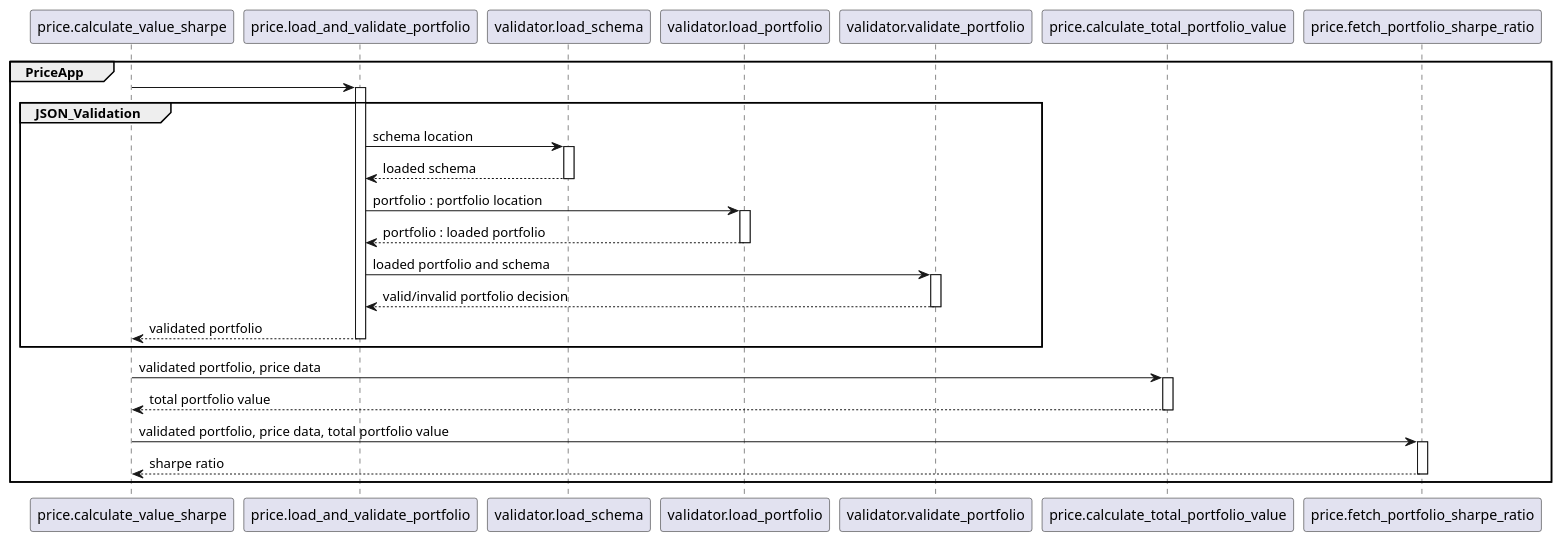
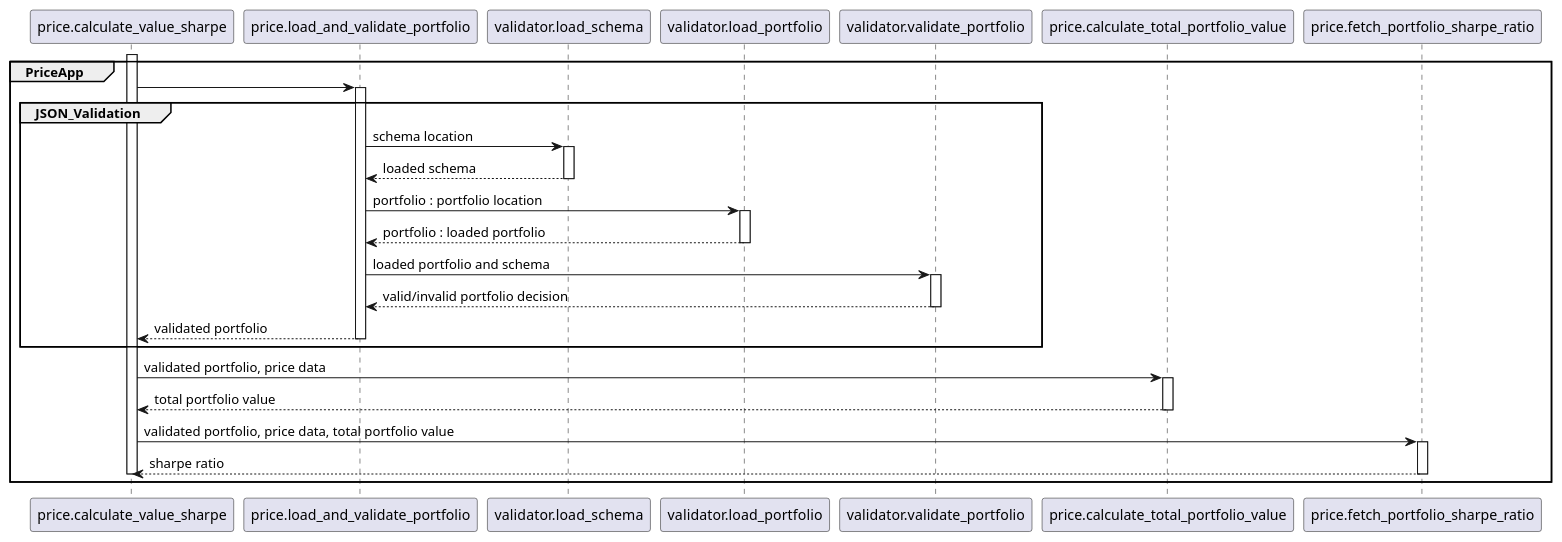
One commit to kgp33/quebec_v2 changed the diagram in diagrams/sequence_diagram.puml. Above: the diagram before and after it, drawn with PlantUML.

Commit message:
making one more change to update sequence diagram

```diff
--- a/diagrams/sequence_diagram.puml
+++ b/diagrams/sequence_diagram.puml
@@ -1,32 +1,34 @@
 @startuml
 
 group PriceApp
+    activate price.calculate_value_sharpe
     price.calculate_value_sharpe -> price.load_and_validate_portfolio
     activate price.load_and_validate_portfolio
     group JSON_Validation
         price.load_and_validate_portfolio -> validator.load_schema : schema location
         activate validator.load_schema
         price.load_and_validate_portfolio <-- validator.load_schema : loaded schema
         deactivate validator.load_schema
         price.load_and_validate_portfolio -> validator.load_portfolio : portfolio : portfolio location
         activate validator.load_portfolio
         price.load_and_validate_portfolio <-- validator.load_portfolio : portfolio : loaded portfolio
         deactivate validator.load_portfolio
         price.load_and_validate_portfolio -> validator.validate_portfolio : loaded portfolio and schema
         activate validator.validate_portfolio
         price.load_and_validate_portfolio <-- validator.validate_portfolio : valid/invalid portfolio decision
         deactivate validator.validate_portfolio
         price.calculate_value_sharpe <-- price.load_and_validate_portfolio : validated portfolio
         deactivate price.load_and_validate_portfolio
     end
     price.calculate_value_sharpe -> price.calculate_total_portfolio_value : validated portfolio, price data
     activate price.calculate_total_portfolio_value
     price.calculate_value_sharpe <-- price.calculate_total_portfolio_value : total portfolio value
     deactivate price.calculate_total_portfolio_value
 
     price.calculate_value_sharpe -> price.fetch_portfolio_sharpe_ratio : validated portfolio, price data, total portfolio value
     activate price.fetch_portfolio_sharpe_ratio
     price.calculate_value_sharpe <-- price.fetch_portfolio_sharpe_ratio : sharpe ratio
     deactivate price.fetch_portfolio_sharpe_ratio
+    deactivate price.calculate_value_sharpe
 end
 @enduml
```
